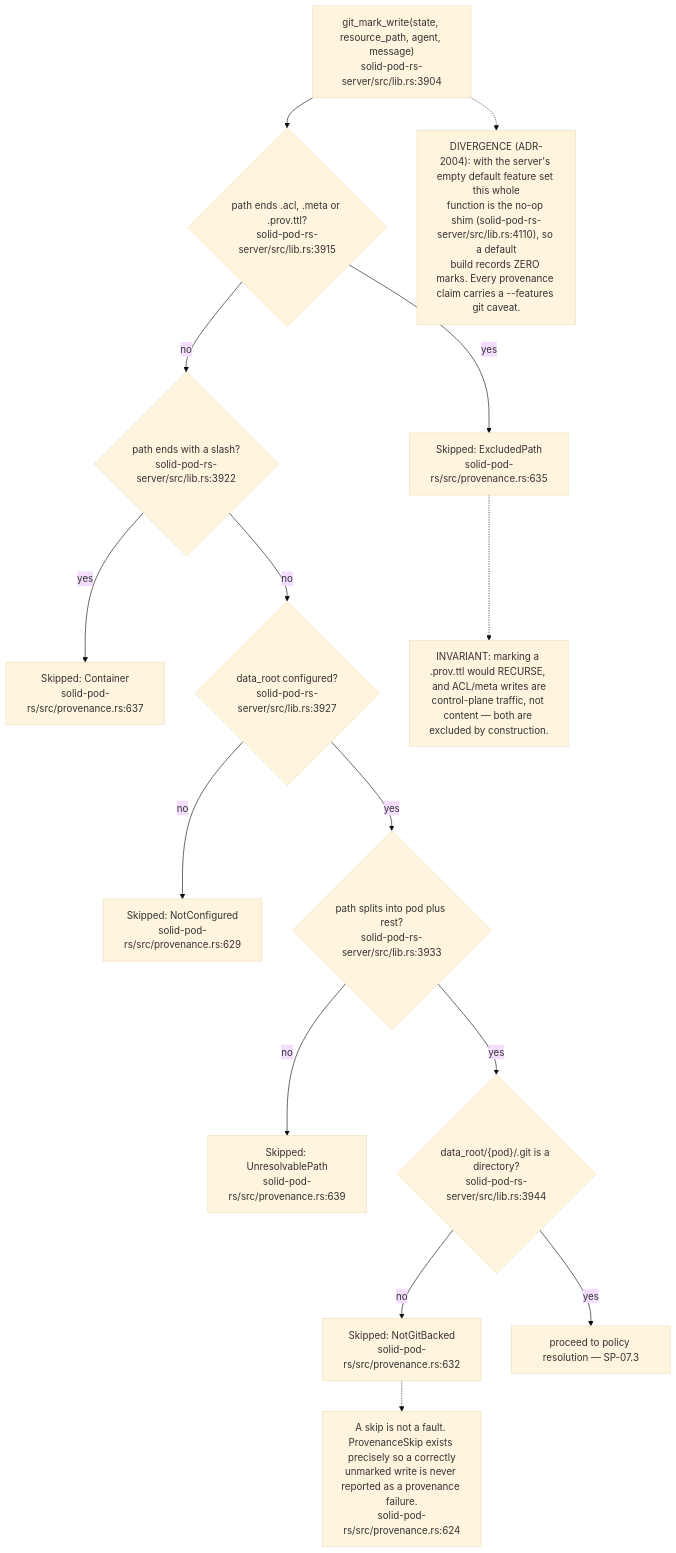
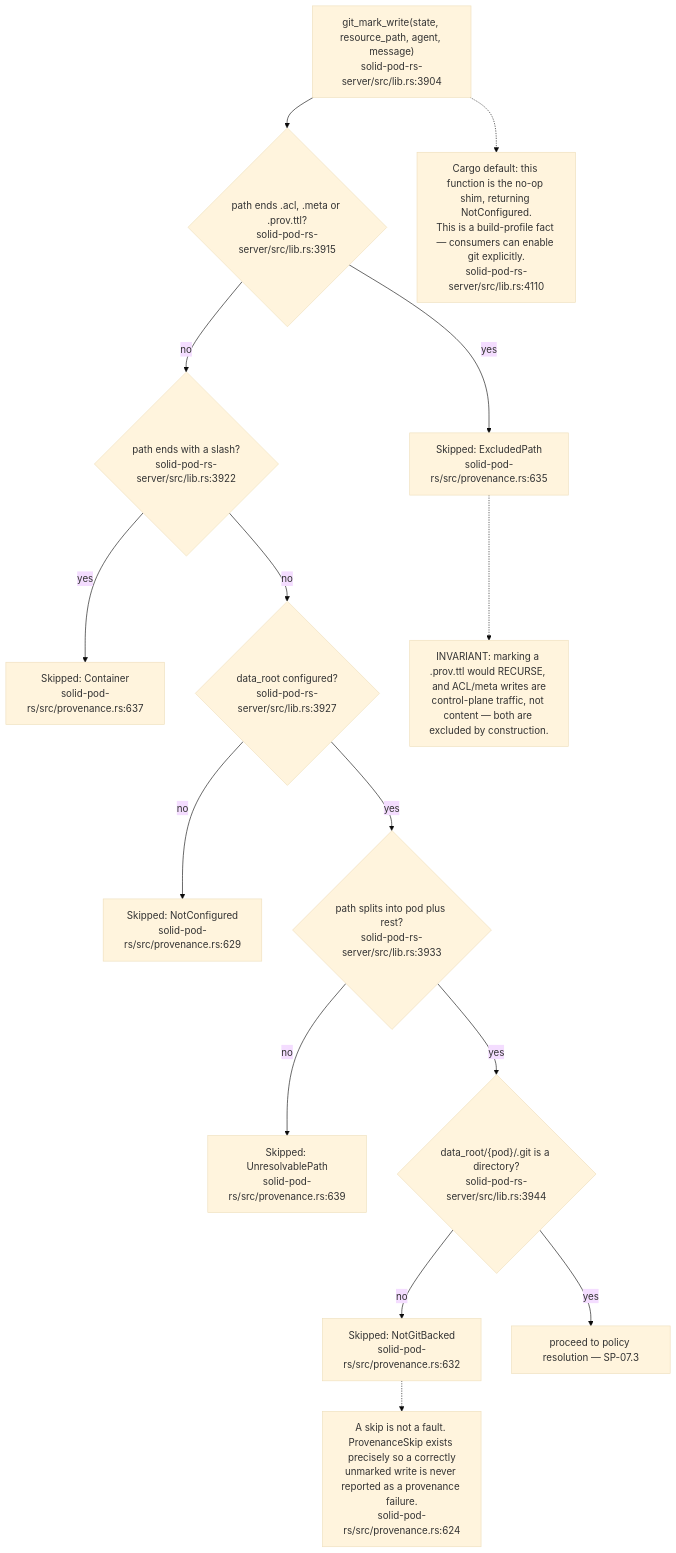
The second of 19 diagrams in docs/diagrams/solid-pod-rs/07-provenance-and-payments.md (DreamLab-AI/VisionFlow), drawn with Mermaid (base theme) before and after one commit. The commit also changed other lines of this file and 32 other files, not shown here.

Commit message:
docs: audit Solid provenance receipt and mutation gaps

````diff
--- a/docs/diagrams/solid-pod-rs/07-provenance-and-payments.md
+++ b/docs/diagrams/solid-pod-rs/07-provenance-and-payments.md
@@ -49,34 +49,34 @@
 ```mermaid
 flowchart TD
     IN["git_mark_write(state, resource_path, agent, message)<br/>solid-pod-rs-server/src/lib.rs:3904"]
     SIDE{"path ends .acl, .meta or .prov.ttl?<br/>solid-pod-rs-server/src/lib.rs:3915"}
     S1["Skipped: ExcludedPath<br/>solid-pod-rs/src/provenance.rs:635"]
     CONT{"path ends with a slash?<br/>solid-pod-rs-server/src/lib.rs:3922"}
     S2["Skipped: Container<br/>solid-pod-rs/src/provenance.rs:637"]
     ROOT{"data_root configured?<br/>solid-pod-rs-server/src/lib.rs:3927"}
     S3["Skipped: NotConfigured<br/>solid-pod-rs/src/provenance.rs:629"]
     SPLIT{"path splits into pod plus rest?<br/>solid-pod-rs-server/src/lib.rs:3933"}
     S4["Skipped: UnresolvablePath<br/>solid-pod-rs/src/provenance.rs:639"]
     GITD{"data_root/{pod}/.git is a directory?<br/>solid-pod-rs-server/src/lib.rs:3944"}
     S5["Skipped: NotGitBacked<br/>solid-pod-rs/src/provenance.rs:632"]
     GO["proceed to policy resolution — SP-07.3"]
 
     IN --> SIDE
     SIDE -- yes --> S1
     SIDE -- no --> CONT
     CONT -- yes --> S2
     CONT -- no --> ROOT
     ROOT -- no --> S3
     ROOT -- yes --> SPLIT
     SPLIT -- no --> S4
     SPLIT -- yes --> GITD
     GITD -- no --> S5
     GITD -- yes --> GO
 
     N["INVARIANT: marking a .prov.ttl would RECURSE, and ACL/meta writes are<br/>control-plane traffic, not content — both are excluded by construction."]
     S1 -.-> N
     N2["A skip is not a fault. ProvenanceSkip exists precisely so a correctly<br/>unmarked write is never reported as a provenance failure.<br/>solid-pod-rs/src/provenance.rs:624"]
     S5 -.-> N2
-    N3["DIVERGENCE (ADR-2004): with the server's empty default feature set this whole<br/>function is the no-op shim (solid-pod-rs-server/src/lib.rs:4110), so a default<br/>build records ZERO marks. Every provenance claim carries a --features git caveat."]
+    N3["Cargo default: this function is the no-op shim, returning NotConfigured.<br/>This is a build-profile fact — consumers can enable git explicitly.<br/>solid-pod-rs-server/src/lib.rs:4110"]
     IN -.-> N3
 ```
````
